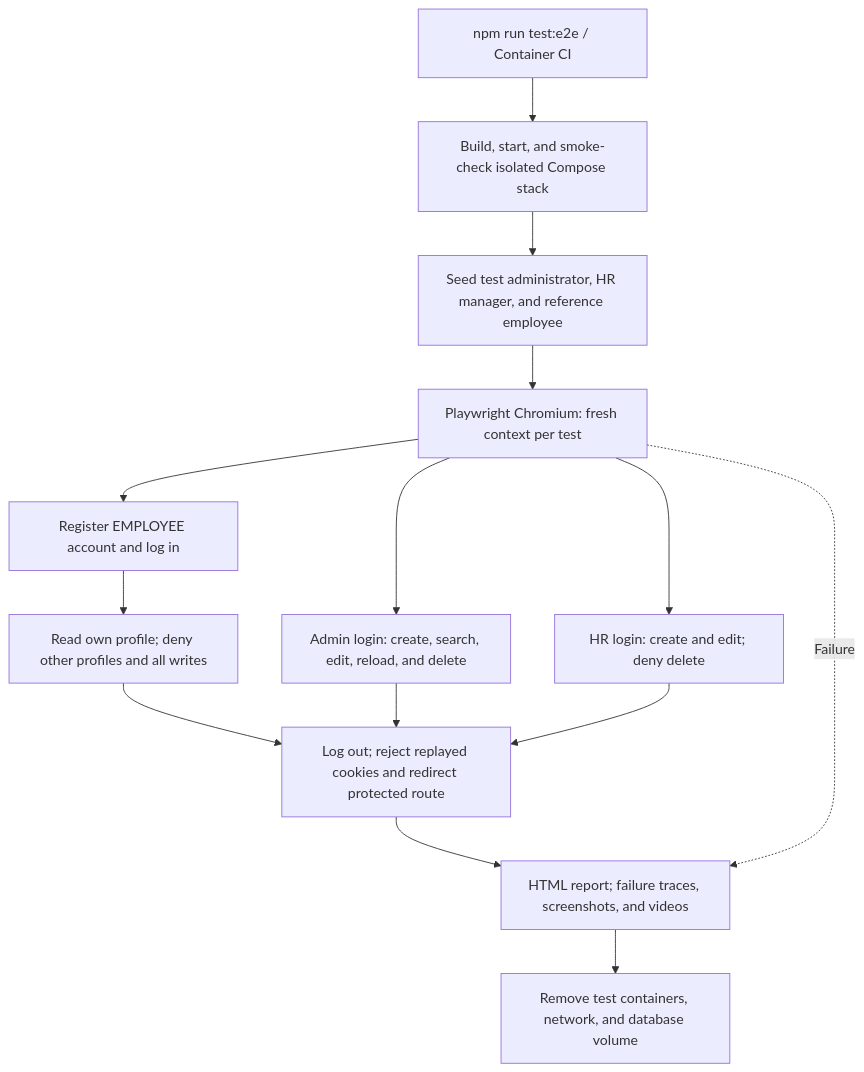
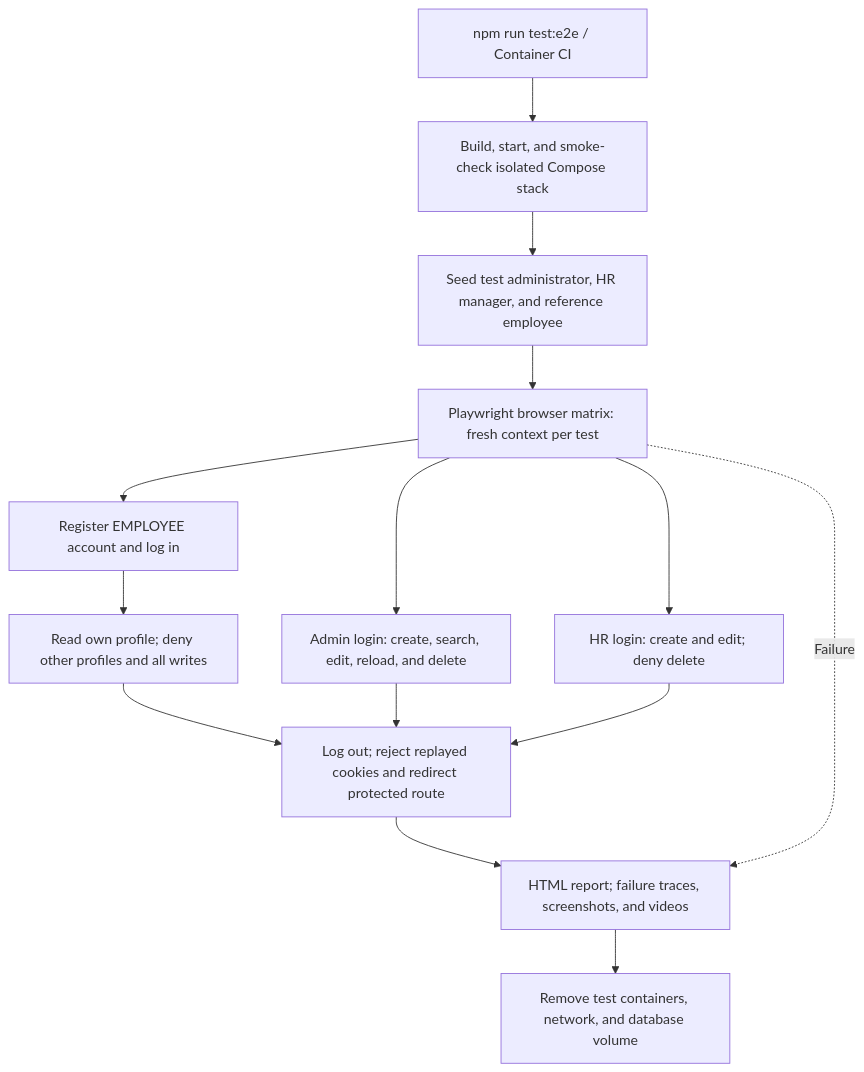
One commit to herve192-hub/WorkSphere changed diagram 35 of 52 in README.md. Above: the diagram before and after it, drawn with Mermaid. The commit also changed other lines of this file and 36 other files, not shown here.

````diff
--- a/README.md
+++ b/README.md
@@ -1681,16 +1691,16 @@
 ```mermaid
 flowchart TD
     Run["npm run test:e2e / Container CI"] --> Stack["Build, start, and smoke-check isolated Compose stack"]
     Stack --> Seed["Seed test administrator, HR manager, and reference employee"]
-    Seed --> Browser["Playwright Chromium: fresh context per test"]
+    Seed --> Browser["Playwright browser matrix: fresh context per test"]
     Browser --> Register["Register EMPLOYEE account and log in"]
     Register --> Own["Read own profile; deny other profiles and all writes"]
     Browser --> Admin["Admin login: create, search, edit, reload, and delete"]
     Browser --> HR["HR login: create and edit; deny delete"]
     Own --> Logout["Log out; reject replayed cookies and redirect protected route"]
     Admin --> Logout
     HR --> Logout
     Logout --> Report["HTML report; failure traces, screenshots, and videos"]
     Browser -.->|Failure| Report
     Report --> Cleanup["Remove test containers, network, and database volume"]
 ```
````
